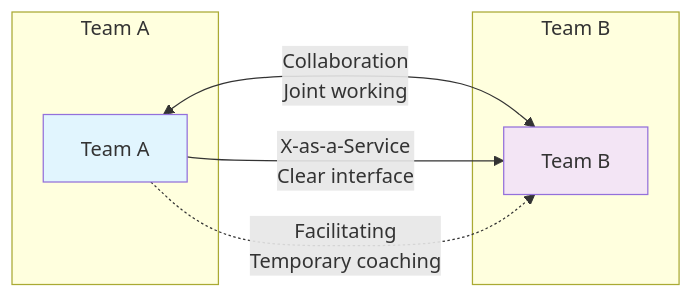
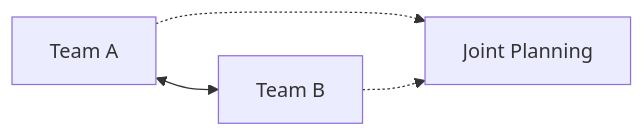
One commit to jpwhite3/staff-engineers-field-guide changed the first of 5 diagrams in docs/field-guide/teamwork/organizational-design.md. Above: the diagram before and after it, drawn with Mermaid. The commit also changed other lines of this file and 10 other files, not shown here.

````diff
--- a/docs/field-guide/teamwork/organizational-design.md
+++ b/docs/field-guide/teamwork/organizational-design.md
@@ -124,17 +156,6 @@
-```mermaid
-graph LR
-    subgraph "Team A"
-        A[Team A]
-    end
-    
-    subgraph "Team B"  
-        B[Team B]
-    end
-    
-    A <-->|Collaboration<br/>Joint working| B
-    A -->|X-as-a-Service<br/>Clear interface| B
-    A -.->|Facilitating<br/>Temporary coaching| B
-    
-    style A fill:#e1f5fe
-    style B fill:#f3e5f5
-```
+    ```mermaid
+    graph LR
+        A[Team A] <--> B[Team B]
+        A -.-> C[Joint Planning]
+        B -.-> C
+    ```
````
